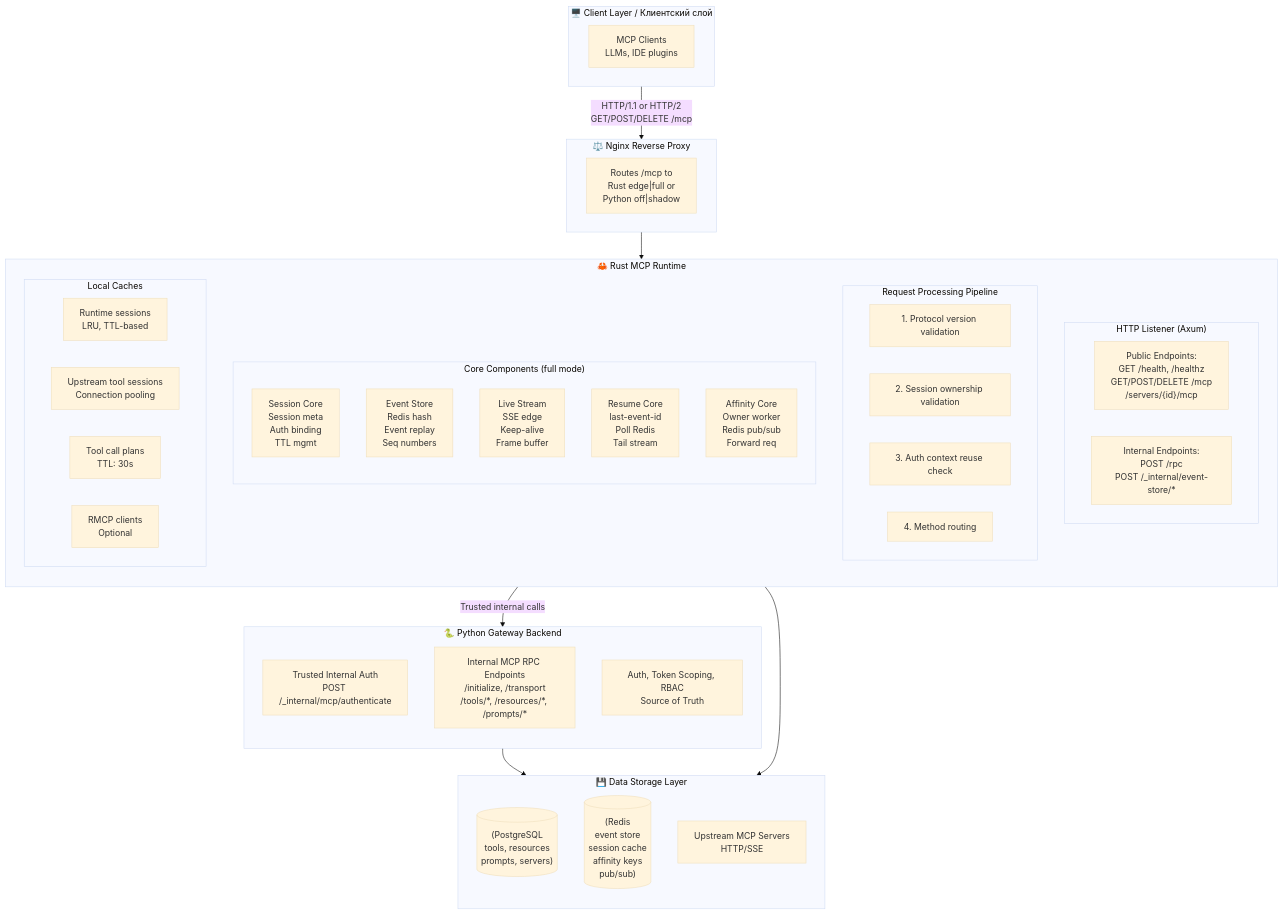
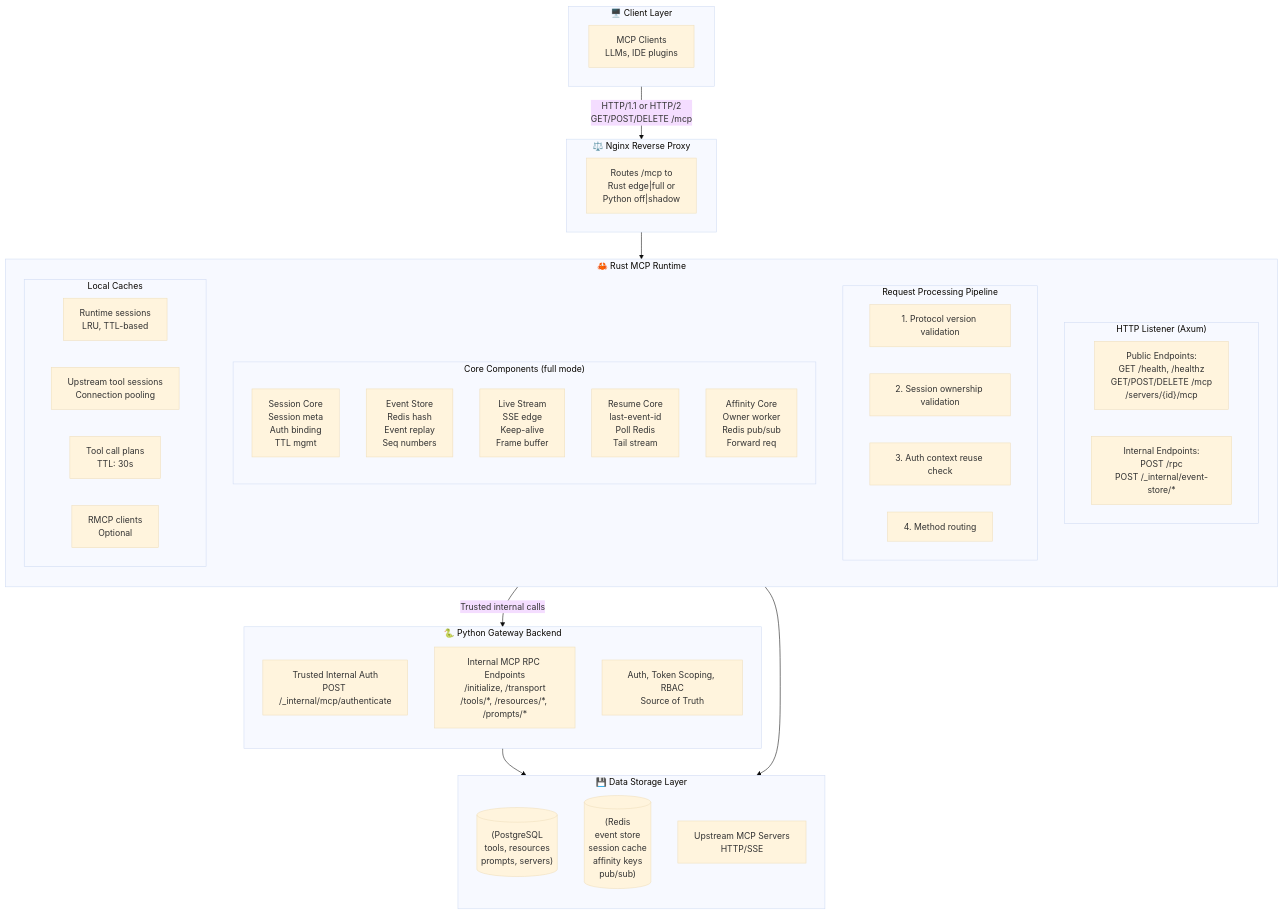
The third of 11 diagrams in README.md (sco3/reverse-eng), drawn with Mermaid (base theme) before and after one commit. The commit also changed other lines of this file and 1 other file, not shown here.

````diff
--- a/README.md
+++ b/README.md
@@ -308,62 +189,62 @@
 ```mermaid
 flowchart TB
-    subgraph Client["🖥️ Client Layer / Клиентский слой"]
+    subgraph Client["🖥️ Client Layer"]
         C1["MCP Clients<br/>LLMs, IDE plugins"]
     end
 
     subgraph Nginx["⚖️ Nginx Reverse Proxy"]
         N1["Routes /mcp to<br/>Rust edge|full or<br/>Python off|shadow"]
     end
 
     subgraph Rust["🦀 Rust MCP Runtime"]
         direction TB
 
         subgraph HTTP["HTTP Listener (Axum)"]
             H1["Public Endpoints:<br/>GET /health, /healthz<br/>GET/POST/DELETE /mcp<br/>/servers/{id}/mcp"]
             H2["Internal Endpoints:<br/>POST /rpc<br/>POST /_internal/event-store/*"]
         end
 
         subgraph Pipeline["Request Processing Pipeline"]
             P1["1. Protocol version validation"]
             P2["2. Session ownership validation"]
             P3["3. Auth context reuse check"]
             P4["4. Method routing"]
         end
 
         subgraph Cores["Core Components (full mode)"]
             direction TB
             C2["Session Core<br/>Session meta<br/>Auth binding<br/>TTL mgmt"]
             C3["Event Store<br/>Redis hash<br/>Event replay<br/>Seq numbers"]
             C4["Live Stream<br/>SSE edge<br/>Keep-alive<br/>Frame buffer"]
             C5["Resume Core<br/>last-event-id<br/>Poll Redis<br/>Tail stream"]
             C6["Affinity Core<br/>Owner worker<br/>Redis pub/sub<br/>Forward req"]
         end
 
         subgraph Cache["Local Caches"]
             L1["Runtime sessions<br/>LRU, TTL-based"]
             L2["Upstream tool sessions<br/>Connection pooling"]
             L3["Tool call plans<br/>TTL: 30s"]
             L4["RMCP clients<br/>Optional"]
         end
     end
 
     subgraph Python["🐍 Python Gateway Backend"]
         direction TB
         PY1["Trusted Internal Auth<br/>POST /_internal/mcp/authenticate"]
         PY2["Internal MCP RPC Endpoints<br/>/initialize, /transport<br/>/tools/*, /resources/*, /prompts/*"]
         PY3["Auth, Token Scoping, RBAC<br/>Source of Truth"]
     end
 
     subgraph Storage["💾 Data Storage Layer"]
         direction TB
         PG[("(PostgreSQL<br/>tools, resources<br/>prompts, servers)")]
         RD[("(Redis<br/>event store<br/>session cache<br/>affinity keys<br/>pub/sub)")]
         UP["Upstream MCP Servers<br/>HTTP/SSE"]
     end
 
     Client -->|"HTTP/1.1 or HTTP/2<br/>GET/POST/DELETE /mcp"| Nginx
     Nginx --> Rust
     Rust -->|"Trusted internal calls"| Python
     Python --> Storage
     Rust --> Storage
 ```
````
